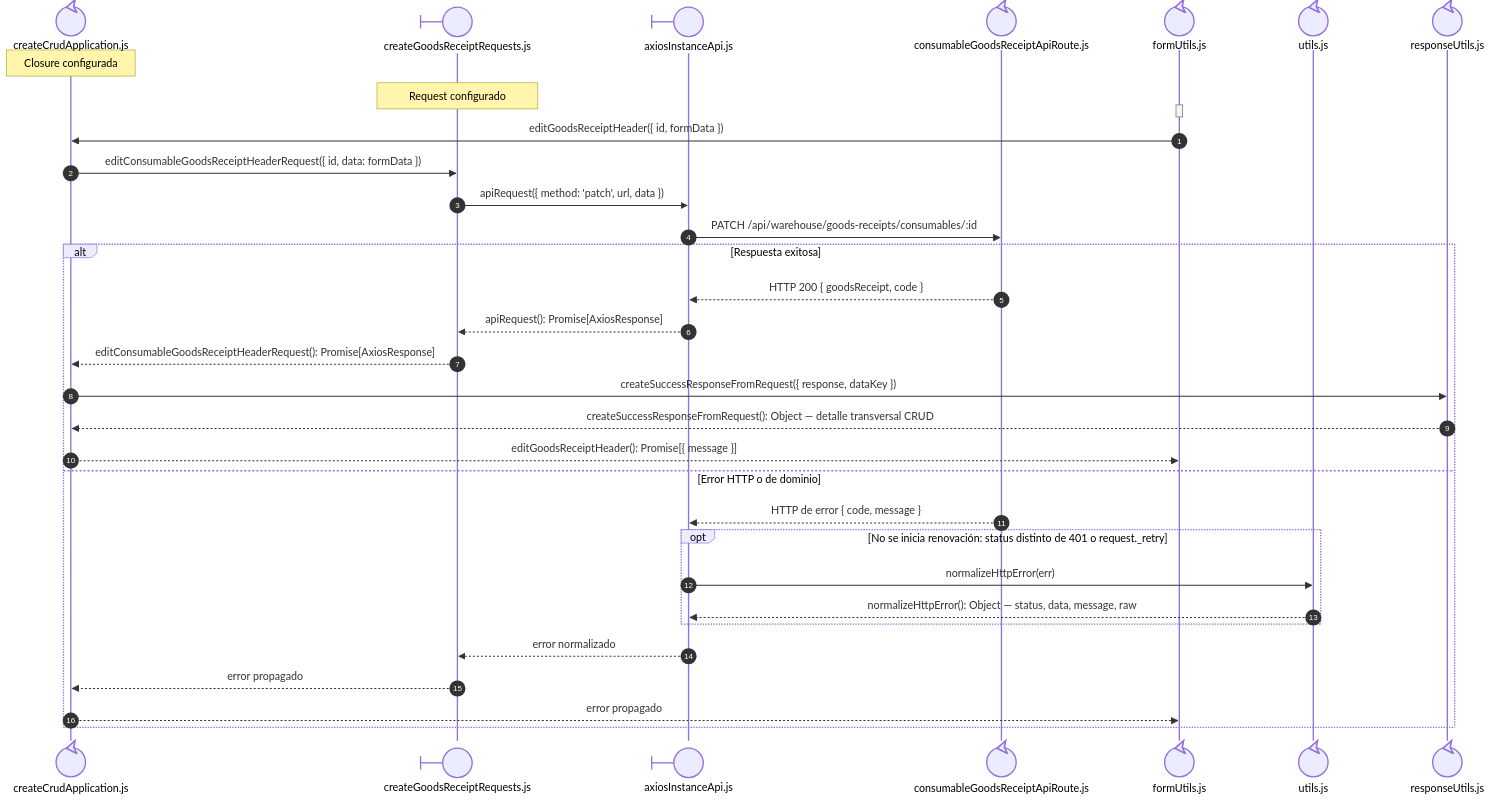
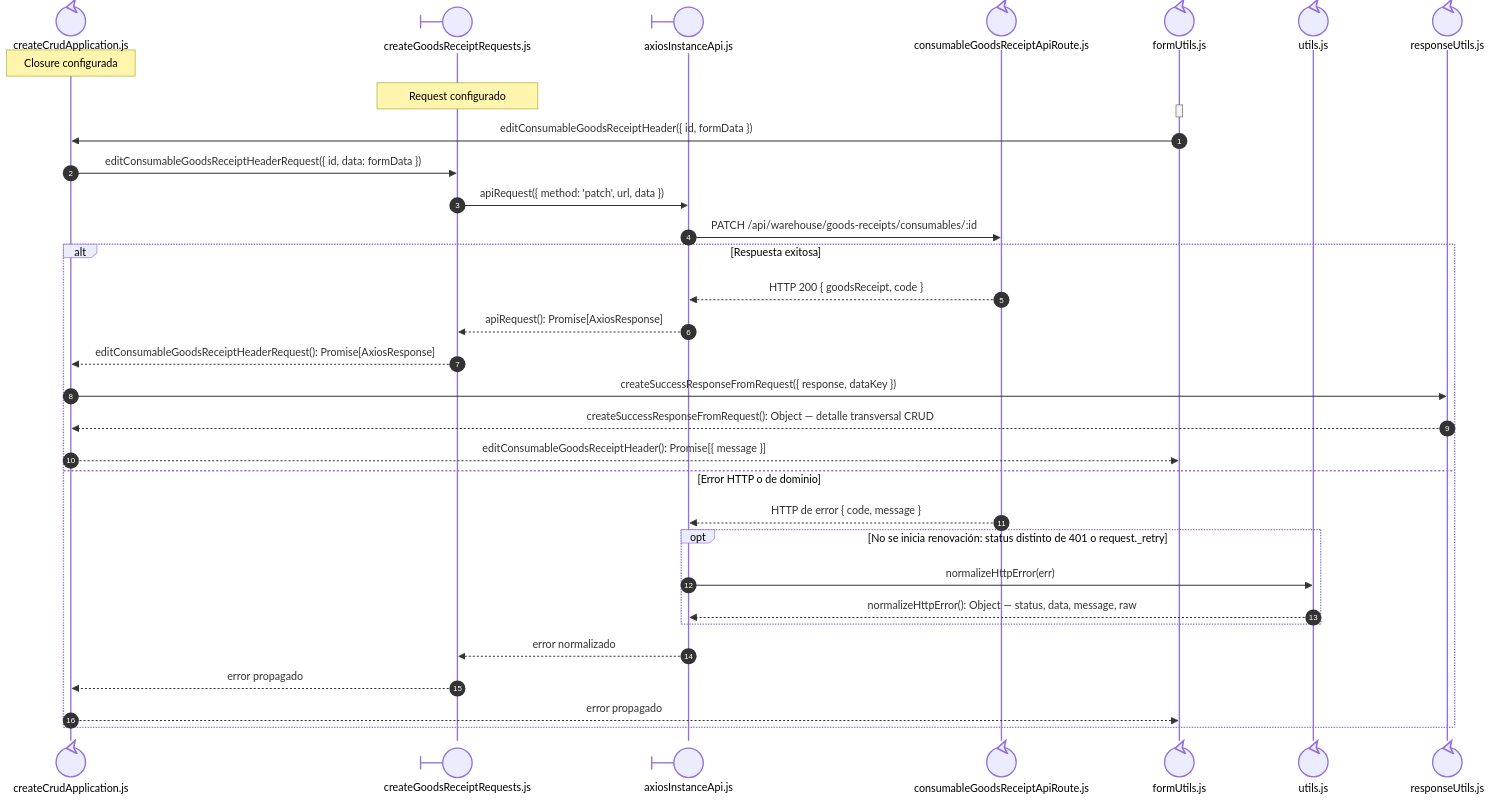
The third of 3 diagrams in docs/architecture/views/processes/frontend-code-sequences/purchases/cu-ent-09.md (gpgsistemas01/nexus), drawn with Mermaid before and after one commit. The commit also changed other lines of this file and 142 other files, not shown here.

````diff
--- a/docs/architecture/views/processes/frontend-code-sequences/purchases/cu-ent-09.md
+++ b/docs/architecture/views/processes/frontend-code-sequences/purchases/cu-ent-09.md
@@ -183,39 +184,39 @@
 ```mermaid
 sequenceDiagram
     autonumber
     participant Application@{ "type": "control" } as createCrudApplication.js
     participant Request@{ "type": "boundary" } as createGoodsReceiptRequests.js
     participant HTTP@{ "type": "boundary" } as axiosInstanceApi.js
     participant Transport@{ "type": "control" } as consumableGoodsReceiptApiRoute.js
     participant FormUtils@{ "type": "control" } as formUtils.js
 
     participant FileUtils@{ "type": "control" } as utils.js
 
     participant FileResponseUtils@{ "type": "control" } as responseUtils.js
 
     Note over Application: Closure configurada
     Note over Request: Request configurado
     activate FormUtils
     deactivate FormUtils
-        FormUtils->>Application: editGoodsReceiptHeader({ id, formData })
+        FormUtils->>Application: editConsumableGoodsReceiptHeader({ id, formData })
         Application->>Request: editConsumableGoodsReceiptHeaderRequest({ id, data: formData })
         Request->>HTTP: apiRequest({ method: 'patch', url, data })
         HTTP->>Transport: PATCH /api/warehouse/goods-receipts/consumables/:id
         alt Respuesta exitosa
             Transport-->>HTTP: HTTP 200 { goodsReceipt, code }
             HTTP-->>Request: apiRequest(): Promise[AxiosResponse]
             Request-->>Application: editConsumableGoodsReceiptHeaderRequest(): Promise[AxiosResponse]
             Application->>FileResponseUtils: createSuccessResponseFromRequest({ response, dataKey })
             FileResponseUtils-->>Application: createSuccessResponseFromRequest(): Object — detalle transversal CRUD
-            Application-->>FormUtils: editGoodsReceiptHeader(): Promise[{ message }]
+            Application-->>FormUtils: editConsumableGoodsReceiptHeader(): Promise[{ message }]
         else Error HTTP o de dominio
             Transport-->>HTTP: HTTP de error { code, message }
             opt No se inicia renovación: status distinto de 401 o request._retry
                 HTTP->>FileUtils: normalizeHttpError(err)
                 FileUtils-->>HTTP: normalizeHttpError(): Object — status, data, message, raw
             end
             HTTP-->>Request: error normalizado
             Request-->>Application: error propagado
             Application-->>FormUtils: error propagado
     end
 ```
````
